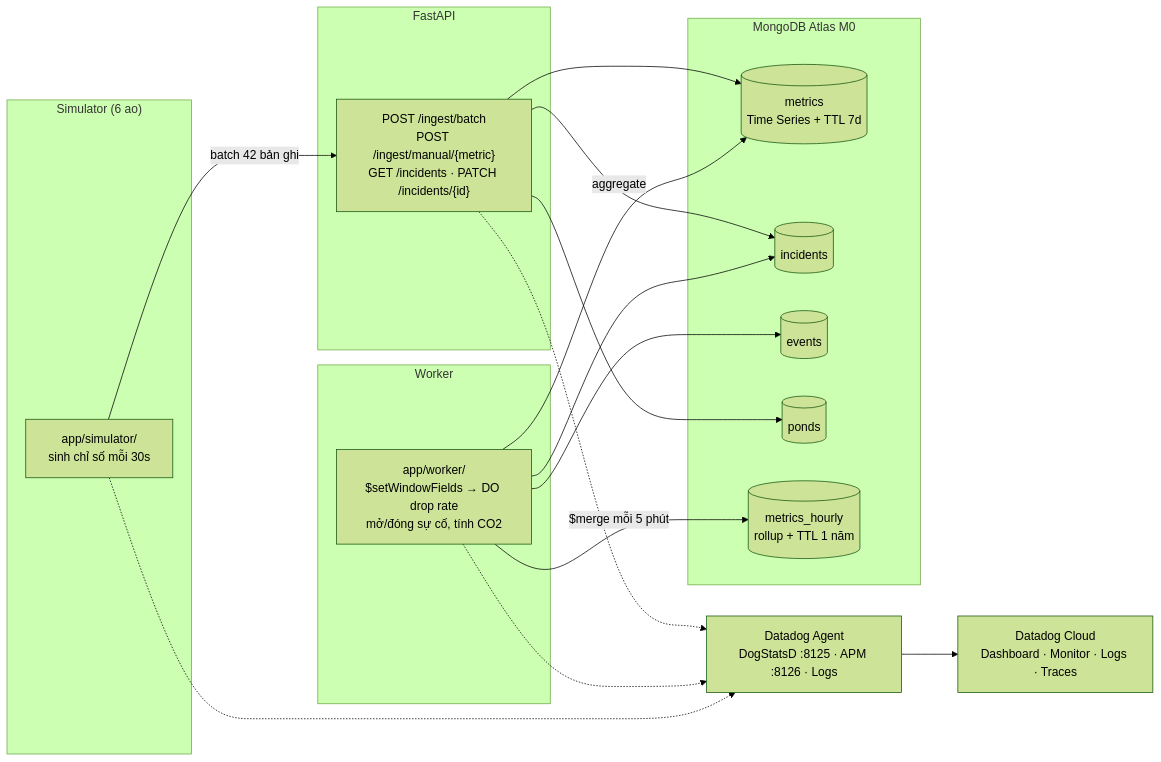
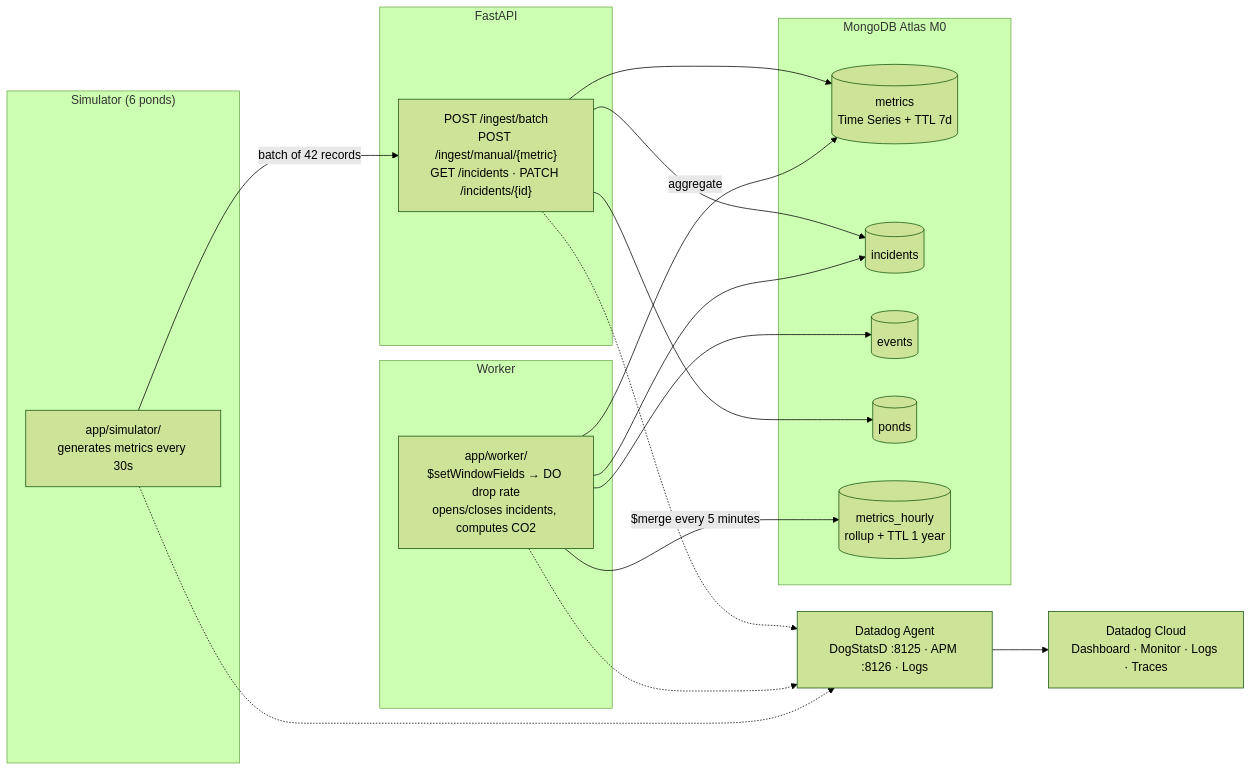
Before and after one commit to tranducvu3/shrimpwatch: the diagram in README.md, drawn with Mermaid (forest theme). The commit also changed other lines of this file and 67 other files, not shown here.

````diff
--- a/README.md
+++ b/README.md
@@ -85,34 +85,34 @@
 ```mermaid
 flowchart LR
-    subgraph SIM["Simulator (6 ao)"]
-        S["app/simulator/<br/>sinh chỉ số mỗi 30s"]
+    subgraph SIM["Simulator (6 ponds)"]
+        S["app/simulator/<br/>generates metrics every 30s"]
     end
     subgraph API["FastAPI"]
         A["POST /ingest/batch<br/>POST /ingest/manual/{metric}<br/>GET /incidents · PATCH /incidents/{id}"]
     end
     subgraph W["Worker"]
-        K["app/worker/<br/>$setWindowFields → DO drop rate<br/>mở/đóng sự cố, tính CO2"]
+        K["app/worker/<br/>$setWindowFields → DO drop rate<br/>opens/closes incidents, computes CO2"]
     end
     subgraph MONGO["MongoDB Atlas M0"]
         M1[("metrics<br/>Time Series + TTL 7d")]
         M2[("incidents")]
         M3[("events")]
         M4[("ponds")]
-        M5[("metrics_hourly<br/>rollup + TTL 1 năm")]
+        M5[("metrics_hourly<br/>rollup + TTL 1 year")]
     end
     DDA["Datadog Agent<br/>DogStatsD :8125 · APM :8126 · Logs"]
     DD["Datadog Cloud<br/>Dashboard · Monitor · Logs · Traces"]
 
-    S -->|batch 42 bản ghi| A
+    S -->|batch of 42 records| A
     A --> M1
     A --> M2
     A --> M4
     K -->|aggregate| M1
     K --> M2
     K --> M3
-    K -->|$merge mỗi 5 phút| M5
+    K -->|$merge every 5 minutes| M5
     A -.-> DDA
     K -.-> DDA
     S -.-> DDA
     DDA --> DD
 ```
````
